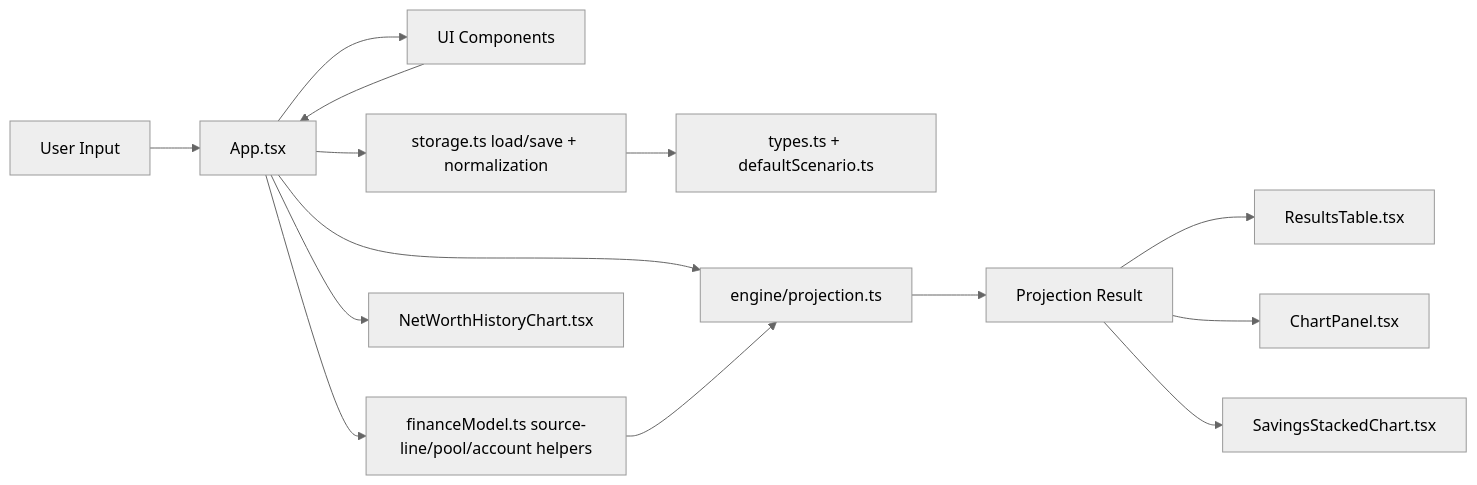
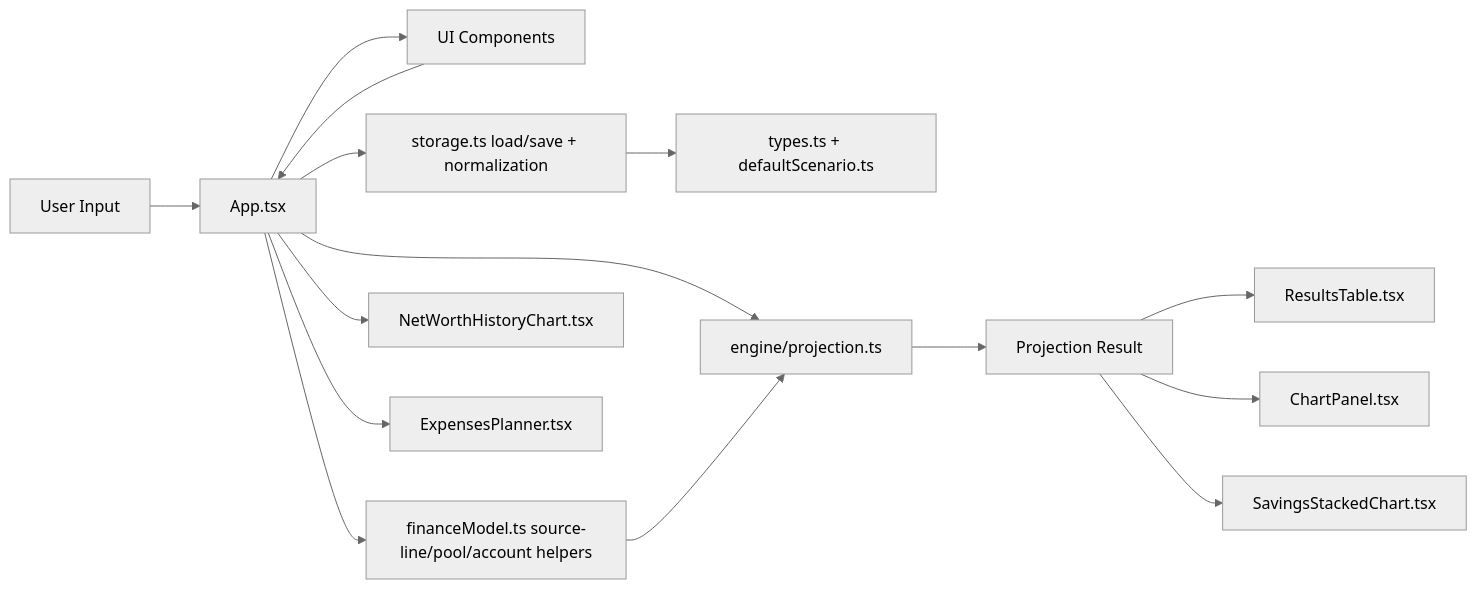
Before and after one commit to DRAWNBOX/Finance-Planner: the diagram in CODEMAP.md, drawn with Mermaid (neutral theme). The commit also changed other lines of this file and 21 other files, not shown here.

First line of the commit message:
Add Universal Timelines, perf tools, projection/storage/UI updates

````diff
--- a/CODEMAP.md
+++ b/CODEMAP.md
@@ -53,16 +59,17 @@
 ```mermaid
 flowchart LR
   U[User Input] --> A[App.tsx]
   A --> C[UI Components]
   C --> A
   A --> S[storage.ts load/save + normalization]
   S --> T[types.ts + defaultScenario.ts]
   A --> F[financeModel.ts source-line/pool/account helpers]
   A --> E[engine/projection.ts]
   F --> E
   E --> O[Projection Result]
   O --> RT[ResultsTable.tsx]
   O --> CP[ChartPanel.tsx]
   O --> SS[SavingsStackedChart.tsx]
   A --> NW[NetWorthHistoryChart.tsx]
+  A --> EP[ExpensesPlanner.tsx]
 ```
````
